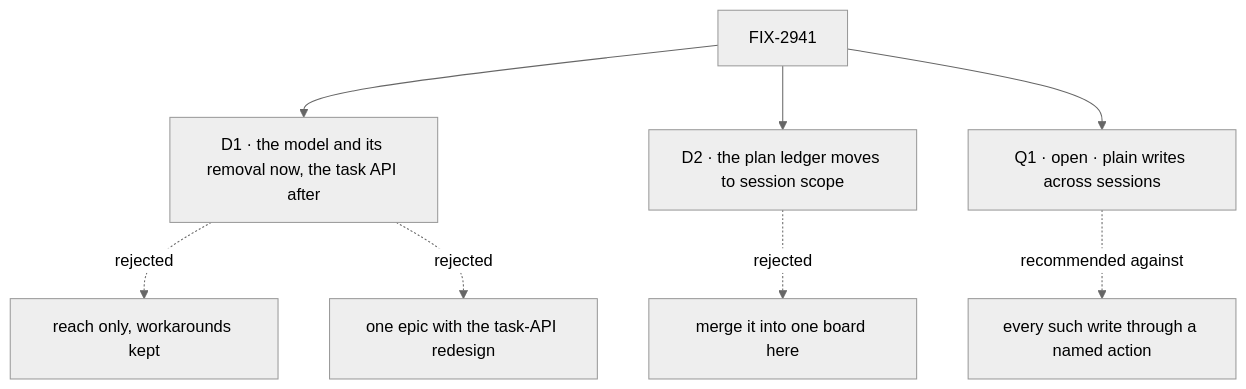
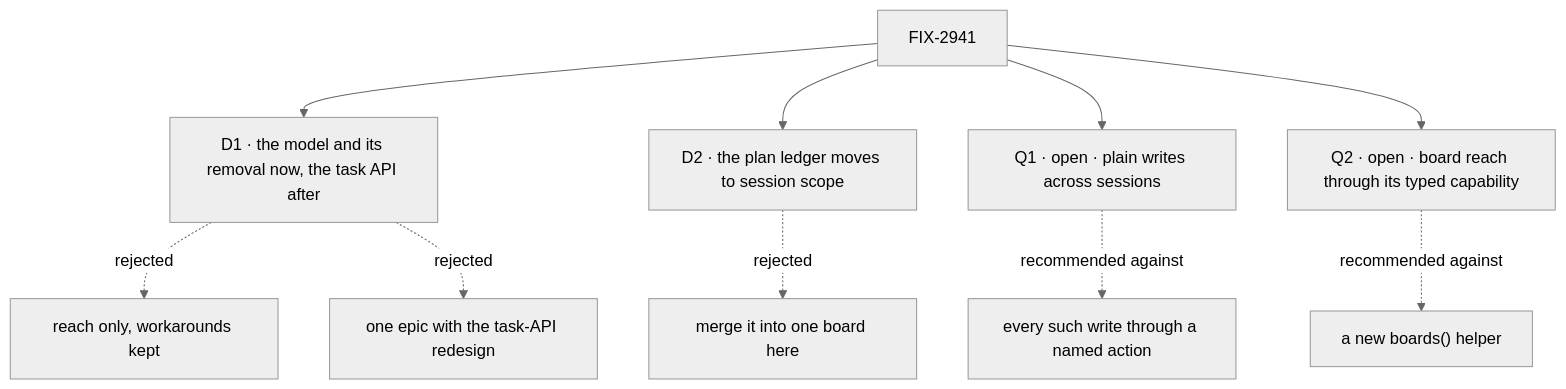
The diagram in specs/epics/FIX-2941/DECISIONS.md (fixpoint-labs/flow-state-dev), drawn with Mermaid (neutral theme) before and after one commit. The commit also changed other lines of this file and 4 other files, not shown here.

````diff
--- a/specs/epics/FIX-2941/DECISIONS.md
+++ b/specs/epics/FIX-2941/DECISIONS.md
@@ -13,10 +13,12 @@
 ```mermaid
 flowchart TD
   E["FIX-2941"] --> D1["D1 · the model and its removal now, the task API after"]
   D1 -.->|"rejected"| X1["reach only, workarounds kept"]
   D1 -.->|"rejected"| X2["one epic with the task-API redesign"]
   E --> D2["D2 · the plan ledger moves to session scope"]
   D2 -.->|"rejected"| X3["merge it into one board here"]
   E --> Q1["Q1 · open · plain writes across sessions"]
   Q1 -.->|"recommended against"| X4["every such write through a named action"]
+  E --> Q2["Q2 · open · board reach through its typed capability"]
+  Q2 -.->|"recommended against"| X5["a new boards() helper"]
 ```
````
